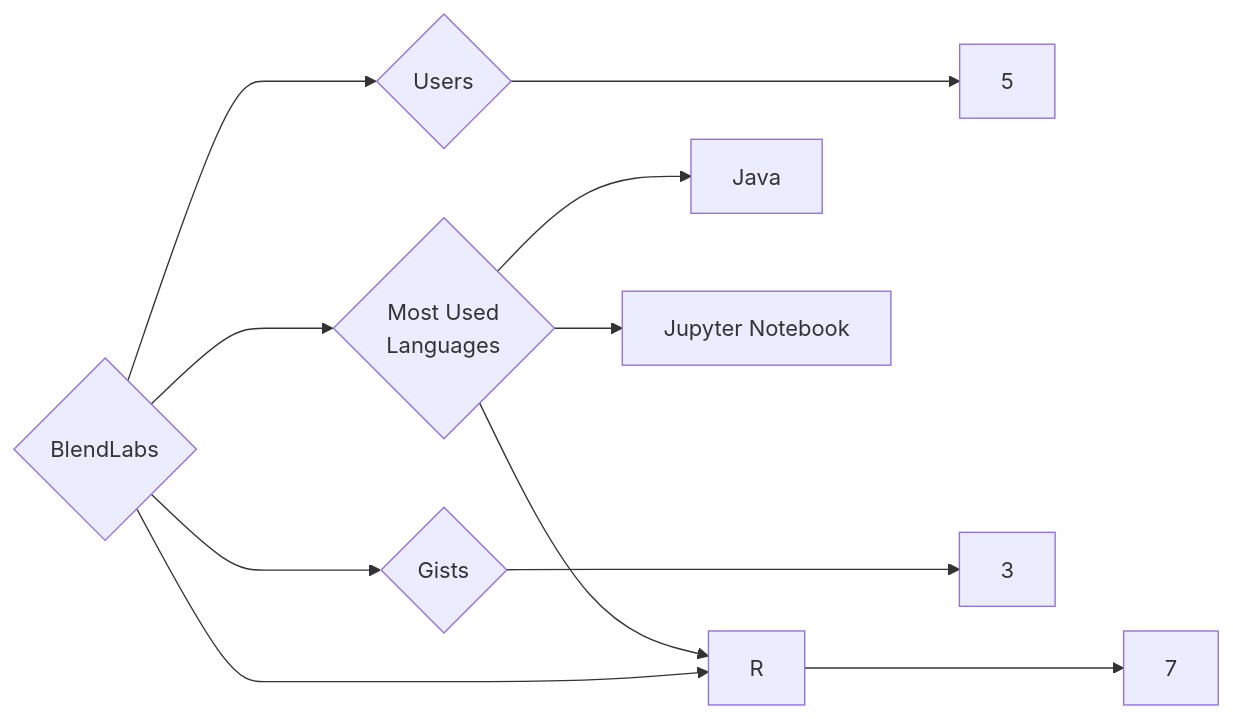
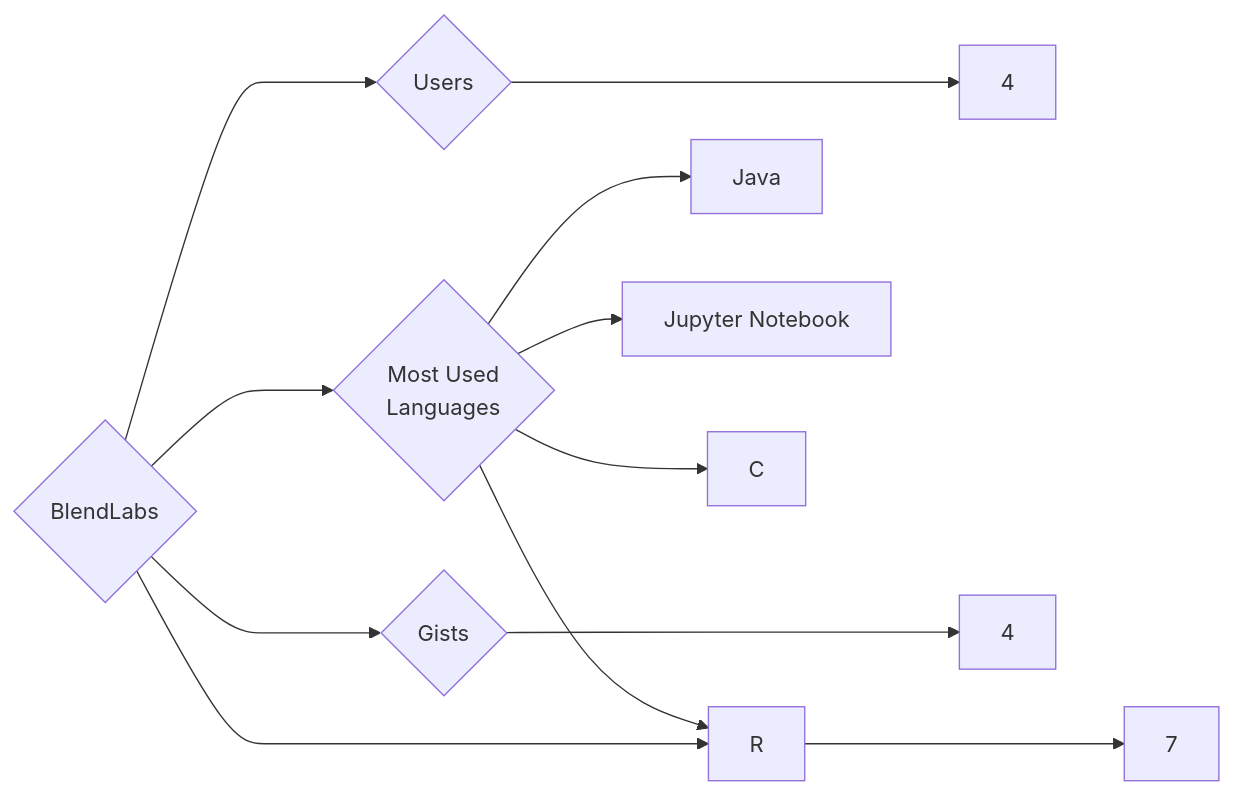
Before and after one commit to trickest/insiders: the diagram in targets/BlendLabs/README.md, drawn with Mermaid. The commit also changed 1141 other files, not shown here.

````diff
--- a/targets/BlendLabs/README.md
+++ b/targets/BlendLabs/README.md
@@ -3,11 +3,12 @@
 ```mermaid
 graph LR
 COMPANY_NAME{BlendLabs}
-COMPANY_NAME ---> U{Users} ---> UN[5]
+COMPANY_NAME ---> U{Users} ---> UN[4]
 COMPANY_NAME ---> R{Repositories} ---> RN[7]
-COMPANY_NAME ---> G{Gists} ---> GN[3]
+COMPANY_NAME ---> G{Gists} ---> GN[4]
 COMPANY_NAME ---> ML{Most Used<br>Languages}
 ML --> Java[Java]
 ML --> R[R]
 ML --> Jupyter_Notebook[Jupyter Notebook]
+ML --> C[C]
 ```
````
